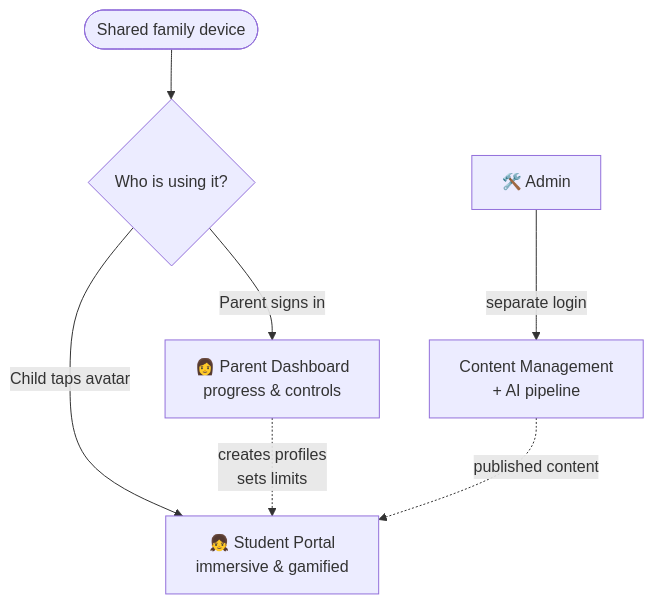
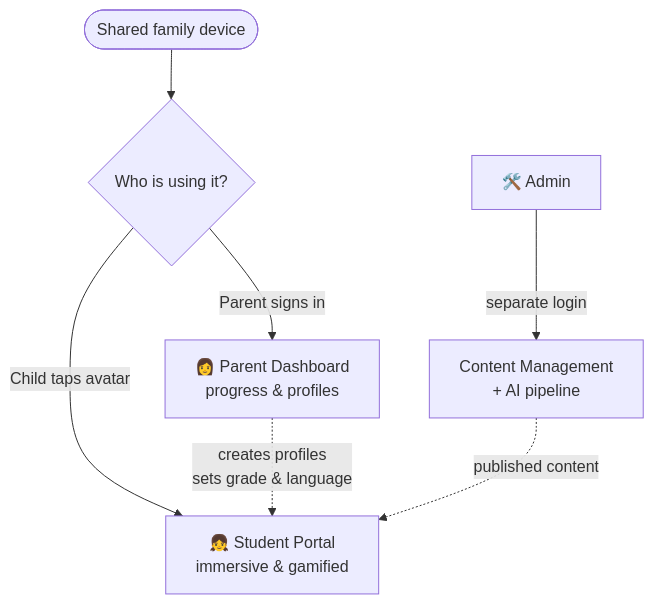
One commit to salmanbd100/kidlearn changed the first of 26 diagrams in document/user-journey-manual.md. Above: the diagram before and after it, drawn with Mermaid. The commit also changed other lines of this file and 106 other files, not shown here.

````diff
--- a/document/user-journey-manual.md
+++ b/document/user-journey-manual.md
@@ -69,9 +67,9 @@
 ```mermaid
 flowchart TD
     Device([Shared family device]) --> Login{Who is using it?}
     Login -->|Child taps avatar| Student[👧 Student Portal<br/>immersive & gamified]
-    Login -->|Parent signs in| Parent[👩 Parent Dashboard<br/>progress & controls]
+    Login -->|Parent signs in| Parent[👩 Parent Dashboard<br/>progress & profiles]
     Admin[🛠️ Admin] -->|separate login| CMS[Content Management<br/>+ AI pipeline]
     CMS -.published content.-> Student
-    Parent -.creates profiles<br/>sets limits.-> Student
+    Parent -.creates profiles<br/>sets grade & language.-> Student
 ```
````
